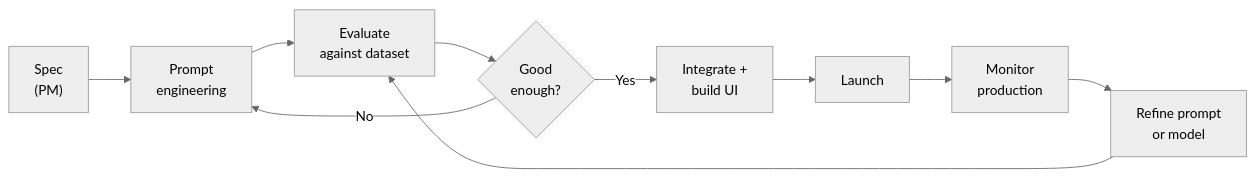
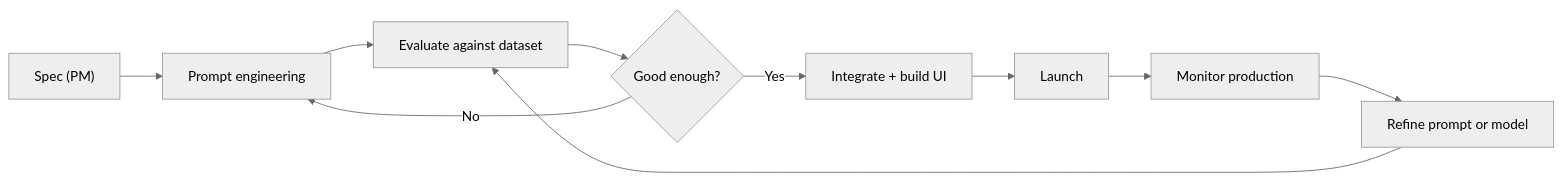
One commit to mjac-yue/ai-architecture-for-pms changed the diagram in module-16-working-with-ai-engineers.md. Above: the diagram before and after it, drawn with Mermaid (neutral theme). The commit also changed 15 other files, not shown here.

First line of the commit message:
Remove HTML tags from Mermaid node labels for Obsidian compatibility

````diff
--- a/module-16-working-with-ai-engineers.md
+++ b/module-16-working-with-ai-engineers.md
@@ -15,12 +15,12 @@
 ```mermaid
 flowchart LR
-    S["Spec<br>(PM)"] --> P["Prompt<br>engineering"]
-    P --> E["Evaluate<br>against dataset"]
-    E --> G{"Good<br>enough?"}
+    S["Spec (PM)"] --> P["Prompt engineering"]
+    P --> E["Evaluate against dataset"]
+    E --> G{"Good enough?"}
     G -- No --> P
-    G -- Yes --> I["Integrate +<br>build UI"]
+    G -- Yes --> I["Integrate + build UI"]
     I --> L["Launch"]
-    L --> M["Monitor<br>production"]
-    M --> R["Refine prompt<br>or model"]
+    L --> M["Monitor production"]
+    M --> R["Refine prompt or model"]
     R --> E
 ```
````
